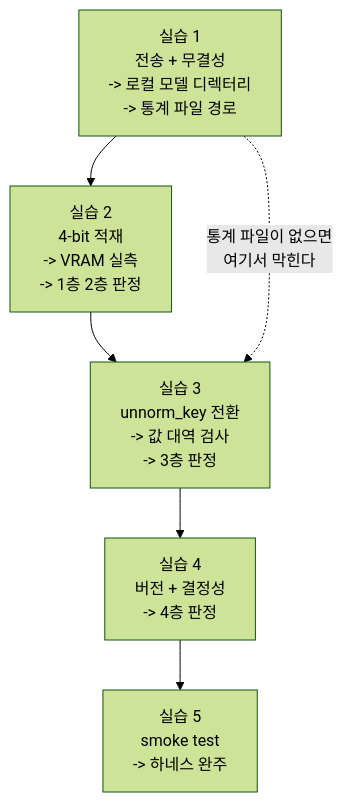
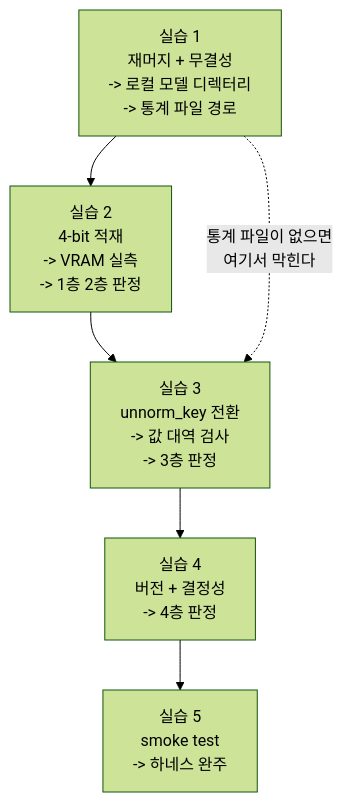
Before and after one commit to tylee-yeonge/physical-ai-study: the diagram in Studies/Phase 4.5/week4/PRACTICE.md, drawn with Mermaid (forest theme). The commit also changed other lines of this file and 4 other files, not shown here.

````diff
--- a/Studies/Phase 4.5/week4/PRACTICE.md
+++ b/Studies/Phase 4.5/week4/PRACTICE.md
@@ -32,10 +32,10 @@
 ```mermaid
 flowchart TD
-    P1["실습 1<br/>전송 + 무결성<br/>-> 로컬 모델 디렉터리<br/>-> 통계 파일 경로"]
+    P1["실습 1<br/>재머지 + 무결성<br/>-> 로컬 모델 디렉터리<br/>-> 통계 파일 경로"]
     P2["실습 2<br/>4-bit 적재<br/>-> VRAM 실측<br/>-> 1층 2층 판정"]
     P3["실습 3<br/>unnorm_key 전환<br/>-> 값 대역 검사<br/>-> 3층 판정"]
     P4["실습 4<br/>버전 + 결정성<br/>-> 4층 판정"]
     P5["실습 5<br/>smoke test<br/>-> 하네스 완주"]
     P1 --> P2 --> P3 --> P4 --> P5
     P1 -.->|"통계 파일이 없으면<br/>여기서 막힌다"| P3
 ```
````
